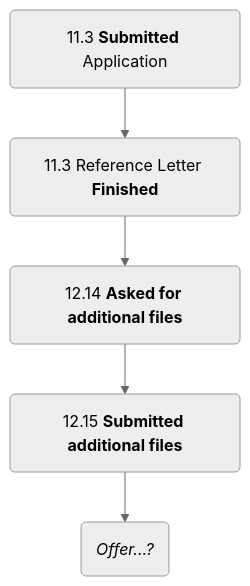
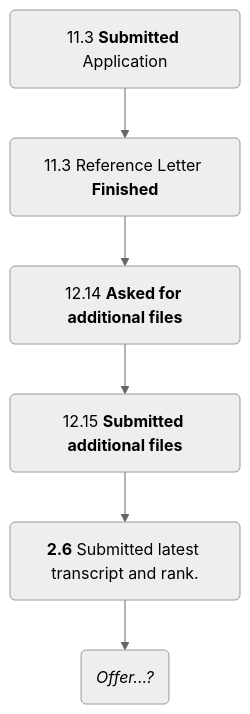
Before and after one commit to Revive-dontwanttocode/Revive-dontwanttocode.github.io: the third of 14 diagrams in _posts/2023-12-15-24Fall申请记录.md, drawn with Mermaid (neutral theme). The commit also changed other lines of this file and 2 other files, not shown here.

````diff
--- a/_posts/2023-12-15-24Fall申请记录.md
+++ b/_posts/2023-12-15-24Fall申请记录.md
@@ -99,9 +99,10 @@
 ```mermaid
 flowchart
     Stage1("`11.3 **Submitted** Application`")
     Stage2("`11.3 Reference Letter **Finished**`")
     Stage4("`12.14 **Asked for additional files**`")
     Stage5("`12.15 **Submitted additional files**`")
+    Stage6("`**2.6** Submitted latest transcript and rank.`")
     Stage3("`*Offer...?*`")
-    Stage1 --> Stage2 --> Stage4 --> Stage5 --> Stage3
+    Stage1 --> Stage2 --> Stage4 --> Stage5 --> Stage6 --> Stage3
 ```
````
